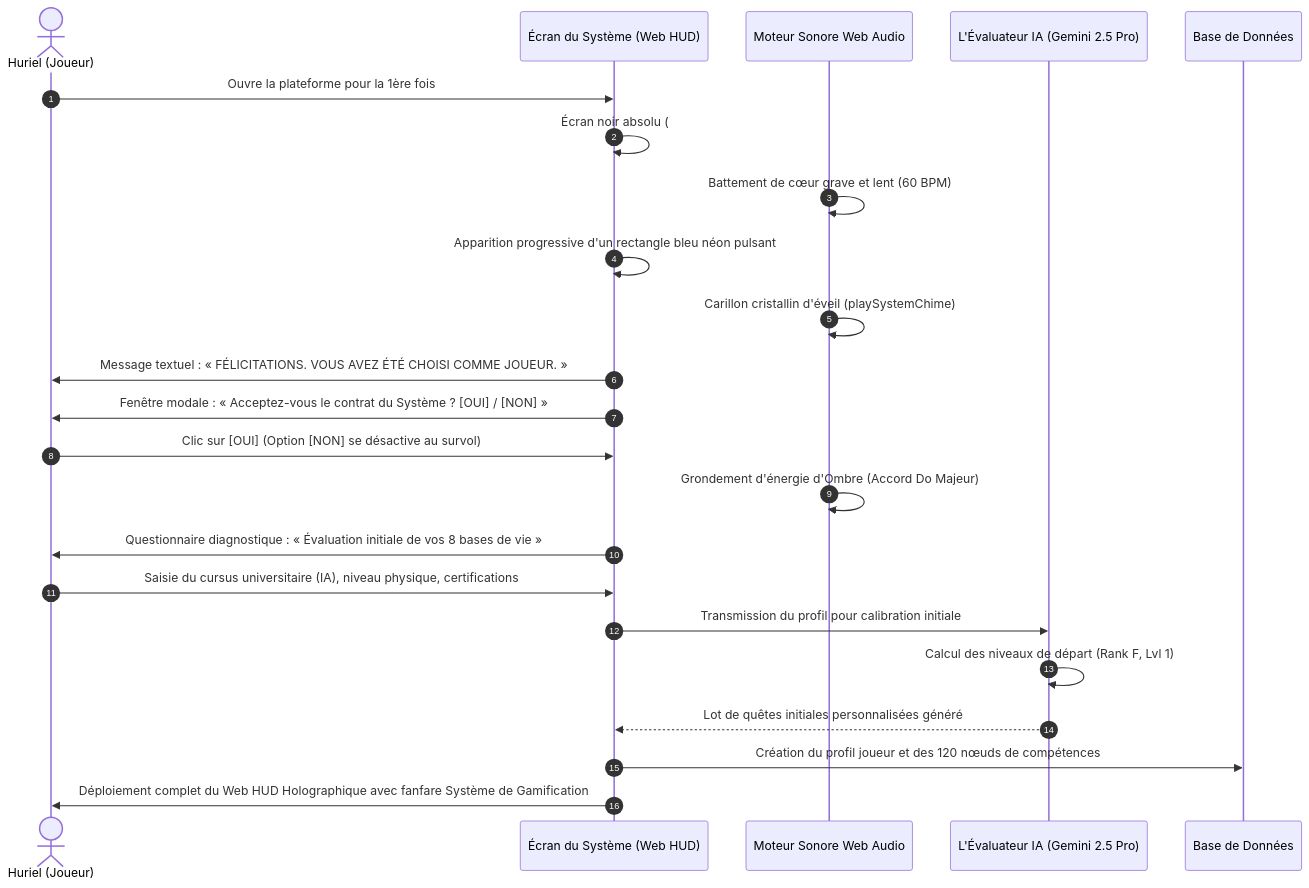
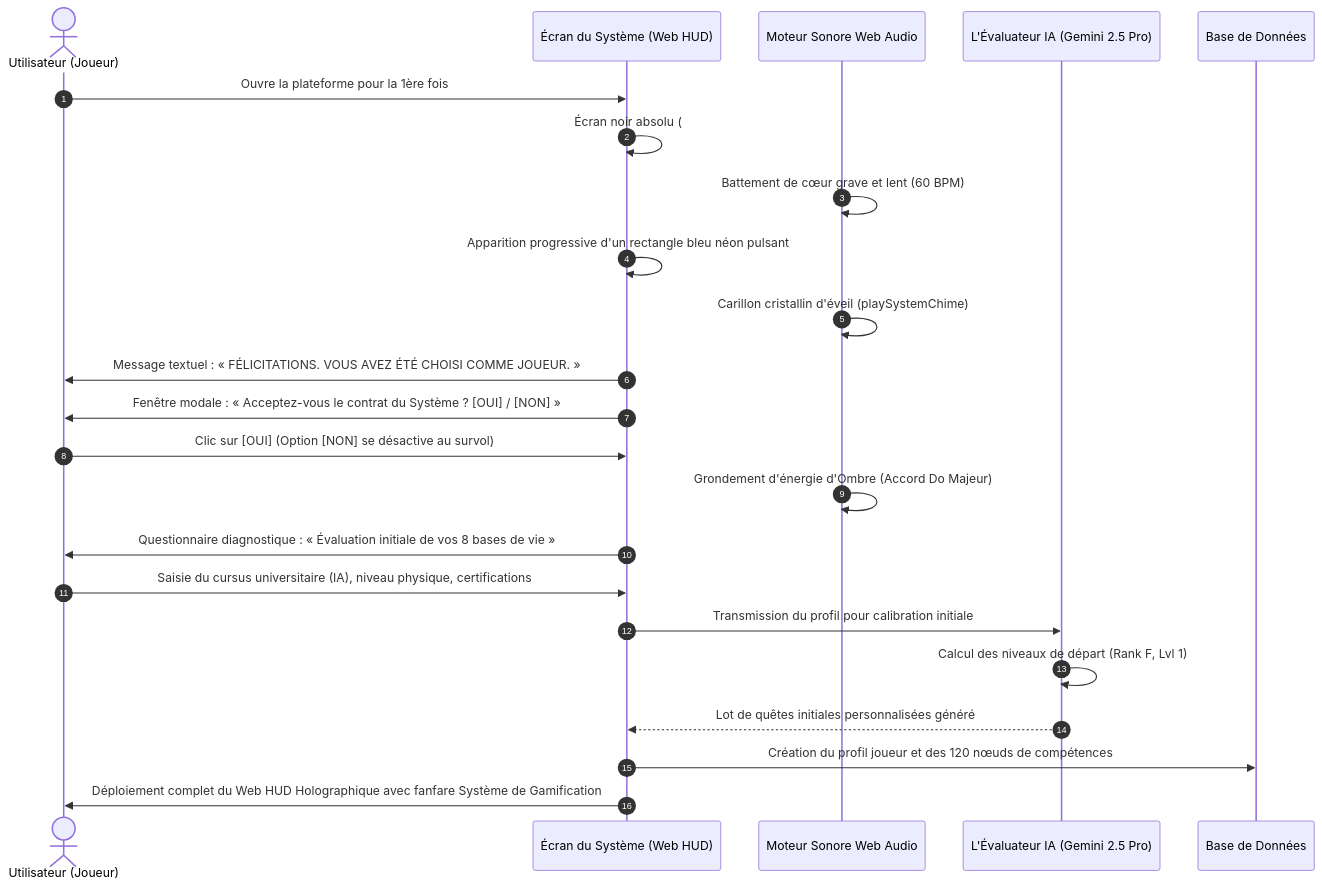
Before and after one commit to GeovanioH/LevelUp: the fifth of 5 diagrams in docs/03-APP_FLOW.md, drawn with Mermaid. The commit also changed other lines of this file and 11 other files, not shown here.

````diff
--- a/docs/03-APP_FLOW.md
+++ b/docs/03-APP_FLOW.md
@@ -1251,28 +1251,28 @@
 ```mermaid
 sequenceDiagram
     autonumber
-    actor Joueur as Huriel (Joueur)
+    actor Joueur as Utilisateur (Joueur)
     participant UI as Écran du Système (Web HUD)
     participant Audio as Moteur Sonore Web Audio
     participant AI as L'Évaluateur IA (Gemini 2.5 Pro)
     participant DB as Base de Données
 
     Joueur->>UI: Ouvre la plateforme pour la 1ère fois
     UI->>UI: Écran noir absolu (#000000) pendant 2 secondes
     Audio->>Audio: Battement de cœur grave et lent (60 BPM)
     UI->>UI: Apparition progressive d'un rectangle bleu néon pulsant
     Audio->>Audio: Carillon cristallin d'éveil (playSystemChime)
     UI->>Joueur: Message textuel : « FÉLICITATIONS. VOUS AVEZ ÉTÉ CHOISI COMME JOUEUR. »
     UI->>Joueur: Fenêtre modale : « Acceptez-vous le contrat du Système ? [OUI] / [NON] »
     
     Joueur->>UI: Clic sur [OUI] (Option [NON] se désactive au survol)
     Audio->>Audio: Grondement d'énergie d'Ombre (Accord Do Majeur)
     UI->>Joueur: Questionnaire diagnostique : « Évaluation initiale de vos 8 bases de vie »
     
     Joueur->>UI: Saisie du cursus universitaire (IA), niveau physique, certifications
     UI->>AI: Transmission du profil pour calibration initiale
     AI->>AI: Calcul des niveaux de départ (Rank F, Lvl 1)
     AI-->>UI: Lot de quêtes initiales personnalisées généré
     UI->>DB: Création du profil joueur et des 120 nœuds de compétences
     UI->>Joueur: Déploiement complet du Web HUD Holographique avec fanfare Système de Gamification
 ```
````
